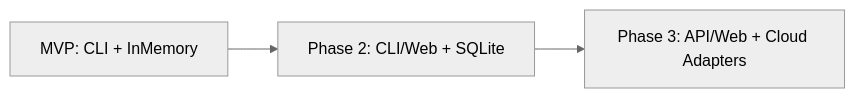
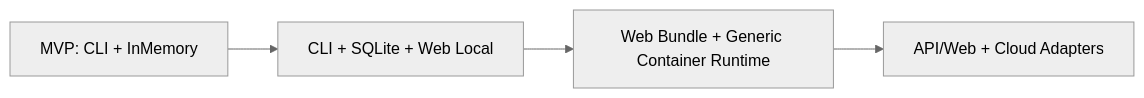
One commit to quemasandy/cypher changed the fourth of 4 diagrams in docs/architecture/c4-and-boundaries.md. Above: the diagram before and after it, drawn with Mermaid (neutral theme). The commit also changed other lines of this file and 45 other files, not shown here.

Commit message:
feat: implement web application infrastructure with local storage persistence, telemetry, and deployment support

````diff
--- a/docs/architecture/c4-and-boundaries.md
+++ b/docs/architecture/c4-and-boundaries.md
@@ -45,5 +45,6 @@
 ```mermaid
 flowchart LR
-    A["MVP: CLI + InMemory"] --> B["Phase 2: CLI/Web + SQLite"]
-    B --> C["Phase 3: API/Web + Cloud Adapters"]
+    A["MVP: CLI + InMemory"] --> B["CLI + SQLite + Web Local"]
+    B --> C["Web Bundle + Generic Container Runtime"]
+    C --> D["API/Web + Cloud Adapters"]
 ```
````
